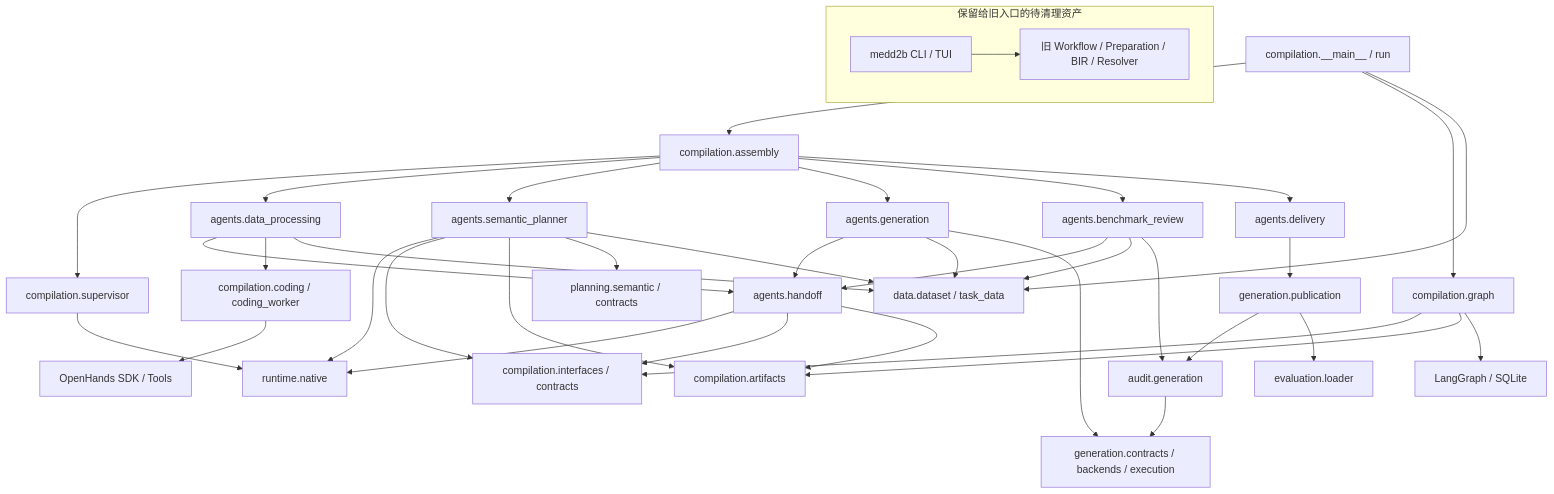
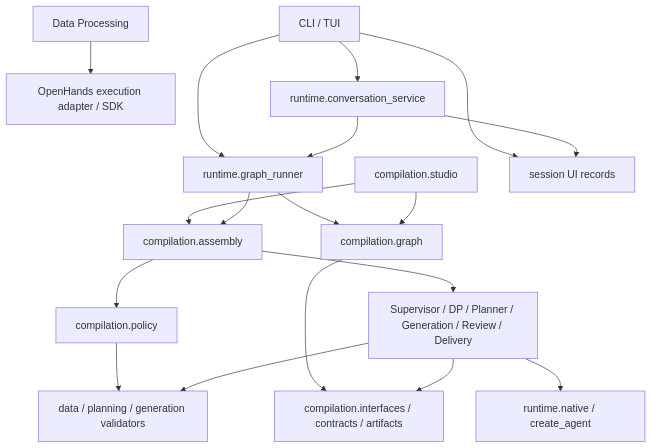
Before and after one commit to fly233338/MedBenchAgent: the first of 3 diagrams in docs/ARCHITECTURE.md, drawn with Mermaid. The commit also changed other lines of this file and 150 other files, not shown here.

Commit message:
refactor: retire legacy execution chains and document connected workflow

````diff
--- a/docs/ARCHITECTURE.md
+++ b/docs/ARCHITECTURE.md
@@ -10,31 +8,19 @@
 ```mermaid
 flowchart TB
-    CLI[compilation.__main__ / run] --> Assembly[compilation.assembly]
-    CLI --> Graph[compilation.graph]
-    CLI --> Data[data.dataset / task_data]
-    Graph --> Interfaces[compilation.interfaces / contracts]
-    Graph --> Artifacts[compilation.artifacts]
-    Graph --> LG[LangGraph / SQLite]
-    Assembly --> S[compilation.supervisor]
-    Assembly --> DP[agents.data_processing]
-    Assembly --> P[agents.semantic_planner]
-    Assembly --> G[agents.generation]
-    Assembly --> R[agents.benchmark_review]
-    Assembly --> D[agents.delivery]
-    S --> Native[runtime.native]
-    DP & G & R --> Handoff[agents.handoff]
-    Handoff --> Native & Interfaces & Artifacts
-    P --> Native & Interfaces & Artifacts
-    P --> Planning[planning.semantic / contracts]
-    DP --> Coding[compilation.coding / coding_worker]
-    Coding --> SDK[OpenHands SDK / Tools]
-    DP & P & G & R --> Data
-    G --> Execution[generation.contracts / backends / execution]
-    R --> Audit[audit.generation]
-    Audit --> Execution
-    D --> Publication[generation.publication]
-    Publication --> Audit & Loader[evaluation.loader]
-    subgraph Legacy[保留给旧入口的待清理资产]
-        OldCLI[medd2b CLI / TUI] --> Old[旧 Workflow / Preparation / BIR / Resolver]
-    end
+    CLI[CLI / TUI] --> Runner[runtime.graph_runner]
+    Studio[compilation.studio] --> Assembly[compilation.assembly]
+    Runner --> Assembly
+    Runner & Studio --> Graph[compilation.graph]
+    Assembly --> Policy[compilation.policy]
+    Graph --> Public[compilation.interfaces / contracts / artifacts]
+    Policy --> Domain[data / planning / generation validators]
+    Assembly --> Agents[Supervisor / DP / Planner / Generation / Review / Delivery]
+    Agents --> Public
+    Agents --> Domain
+    Agents --> Native[runtime.native / create_agent]
+    DP[Data Processing] --> Coding[OpenHands execution adapter / SDK]
+    CLI --> Sessions[session UI records]
+    CLI --> UIService[runtime.conversation_service]
+    UIService --> Sessions
+    UIService --> Runner
 ```
````
